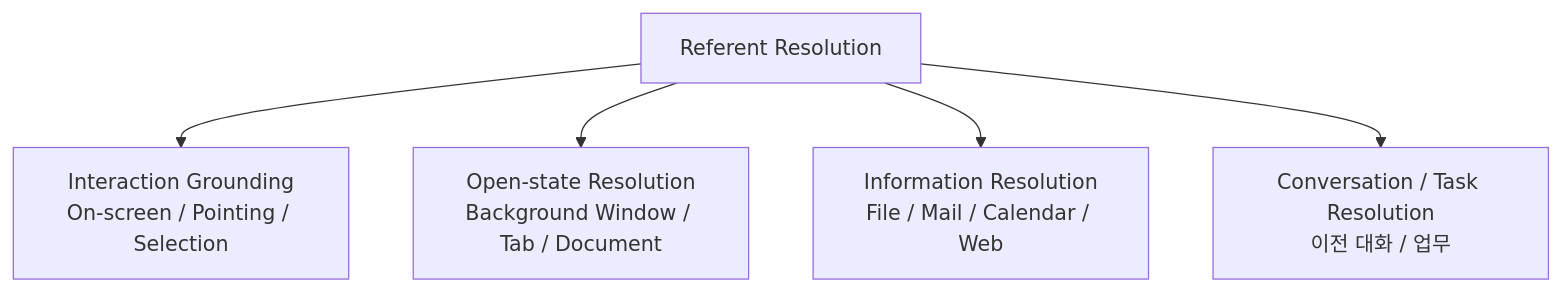
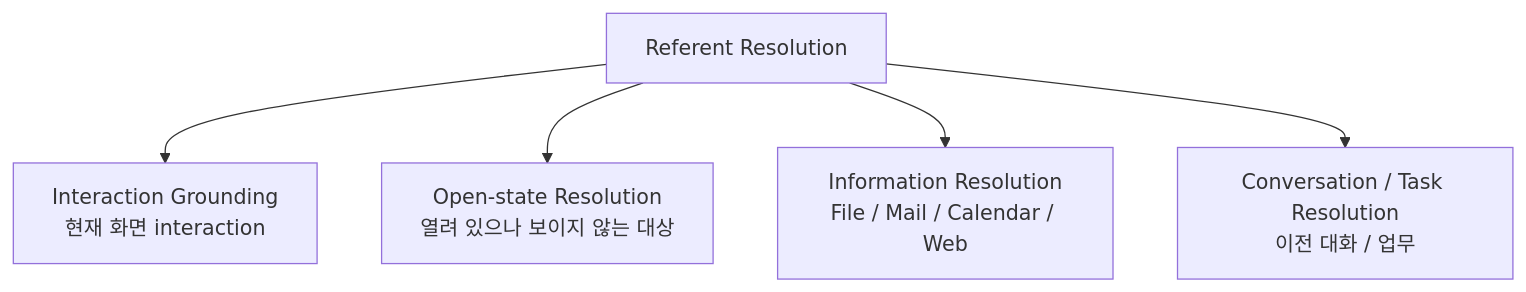
The fifth of 5 diagrams in docs/rebaseline/02-terms.md (cbyche/via-sw-architecture), drawn with Mermaid before and after one commit. The commit also changed other lines of this file, not shown here.

````diff
--- a/docs/rebaseline/02-terms.md
+++ b/docs/rebaseline/02-terms.md
@@ -526,14 +436,13 @@
 ```mermaid
 flowchart TD
     R["Referent Resolution"]
-
-    I["Interaction Grounding<br/>On-screen / Pointing / Selection"]
-    O["Open-state Resolution<br/>Background Window / Tab / Document"]
+    I["Interaction Grounding<br/>현재 화면 interaction"]
+    O["Open-state Resolution<br/>열려 있으나 보이지 않는 대상"]
     F["Information Resolution<br/>File / Mail / Calendar / Web"]
     C["Conversation / Task Resolution<br/>이전 대화 / 업무"]
 
     R --> I
     R --> O
     R --> F
     R --> C
 ```
````
